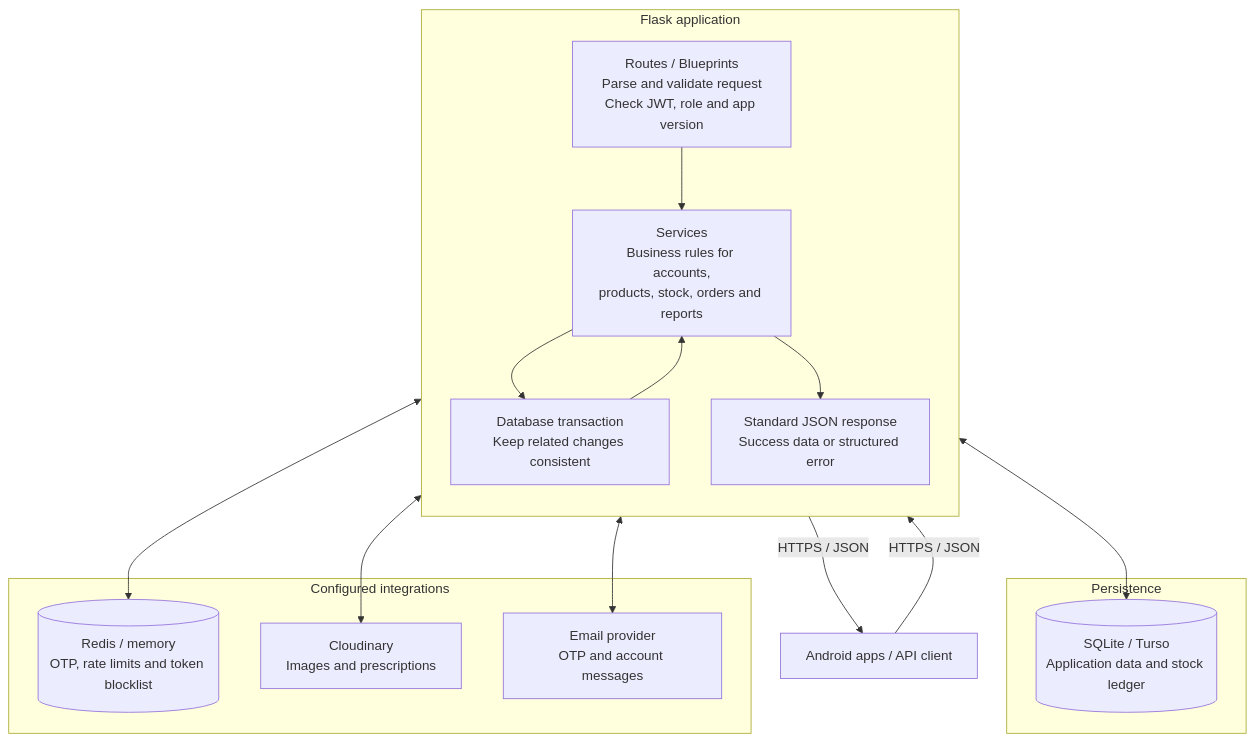
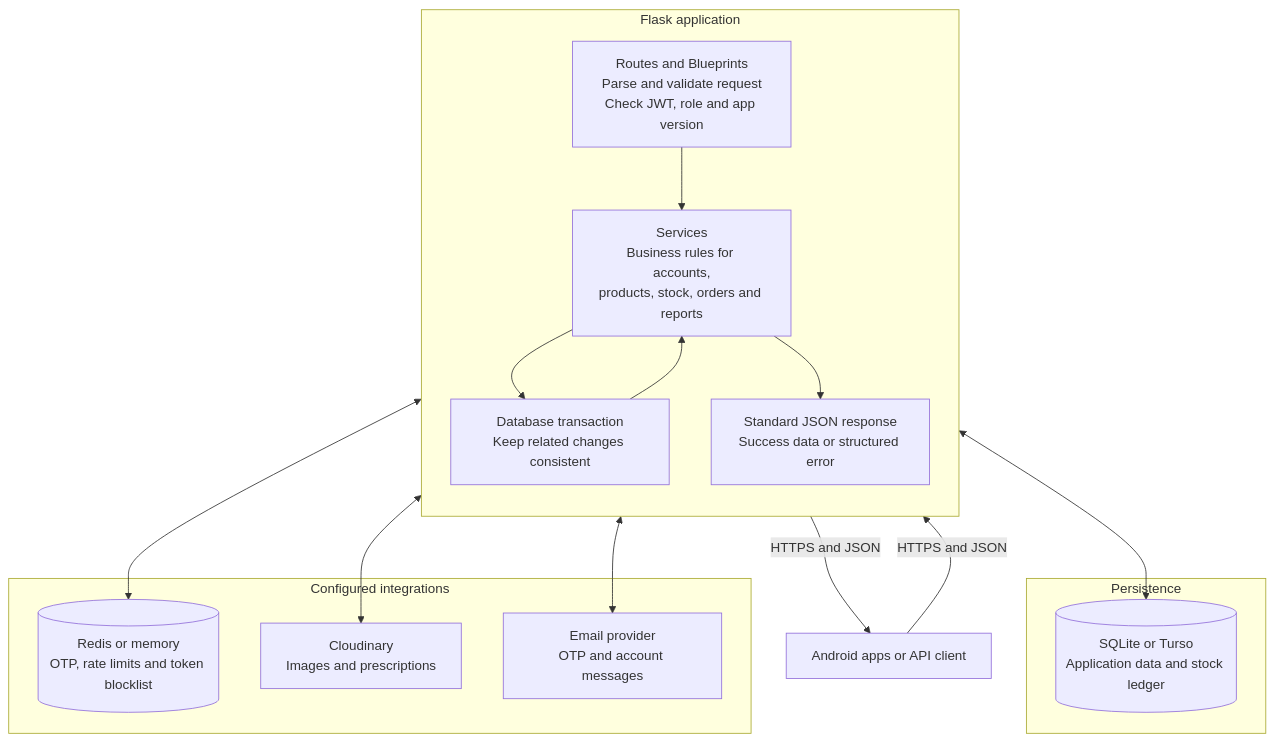
One commit to It-Saurabh001/Medi_Manage_Api changed the second of 2 diagrams in README.md. Above: the diagram before and after it, drawn with Mermaid. The commit also changed other lines of this file, not shown here.

Commit message:
Fix Mermaid sequence diagram parsing in README

````diff
--- a/README.md
+++ b/README.md
@@ -132,34 +132,34 @@
 ```mermaid
 flowchart TB
-    Client[Android apps / API client]
+    Client[Android apps or API client]
 
     subgraph API[Flask application]
         direction TB
-        Routes[Routes / Blueprints<br/>Parse and validate request<br/>Check JWT, role and app version]
+        Routes[Routes and Blueprints<br/>Parse and validate request<br/>Check JWT, role and app version]
         Services[Services<br/>Business rules for accounts,<br/>products, stock, orders and reports]
         Tx[Database transaction<br/>Keep related changes consistent]
         Response[Standard JSON response<br/>Success data or structured error]
 
         Routes --> Services
         Services --> Tx
         Tx --> Services
         Services --> Response
     end
 
     subgraph Persistence[Persistence]
-        DB[(SQLite / Turso<br/>Application data and stock ledger)]
+        DB[(SQLite or Turso<br/>Application data and stock ledger)]
     end
 
     subgraph Integrations[Configured integrations]
-        Redis[(Redis / memory<br/>OTP, rate limits and token blocklist)]
+        Redis[(Redis or memory<br/>OTP, rate limits and token blocklist)]
         Media[Cloudinary<br/>Images and prescriptions]
         Email[Email provider<br/>OTP and account messages]
     end
 
-    Client -->|HTTPS / JSON| Routes
+    Client -->|HTTPS and JSON| Routes
     Tx <--> DB
     Services <--> Redis
     Services <--> Media
     Services <--> Email
-    Response -->|HTTPS / JSON| Client
+    Response -->|HTTPS and JSON| Client
 ```
````
